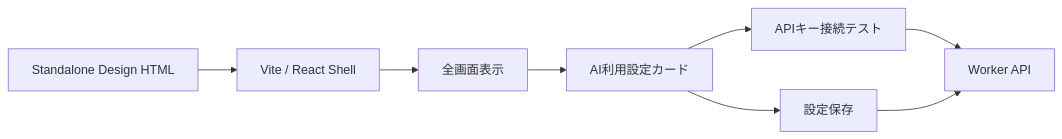
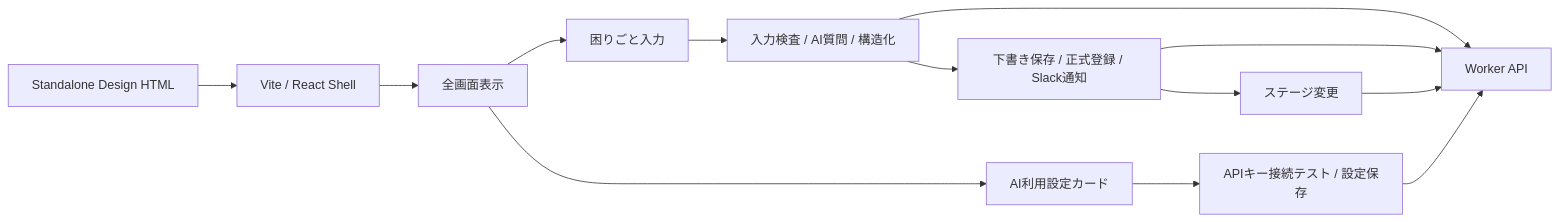
The tenth of 10 diagrams in README.md (Kensan196948G/Construction-DX-Idea), drawn with Mermaid before and after one commit. The commit also changed other lines of this file and 4 other files, not shown here.

````diff
--- a/README.md
+++ b/README.md
@@ -240,10 +240,15 @@
 ```mermaid
 flowchart LR
     A["Standalone Design HTML"] --> B["Vite / React Shell"]
     B --> C["全画面表示"]
-    C --> D["AI利用設定カード"]
-    D --> E["APIキー接続テスト"]
-    D --> F["設定保存"]
-    E --> G["Worker API"]
-    F --> G
+    C --> D["困りごと入力"]
+    C --> E["AI利用設定カード"]
+    D --> F["入力検査 / AI質問 / 構造化"]
+    F --> G["下書き保存 / 正式登録 / Slack通知"]
+    G --> H["ステージ変更"]
+    E --> I["APIキー接続テスト / 設定保存"]
+    F --> J["Worker API"]
+    G --> J
+    H --> J
+    I --> J
 ```
````
